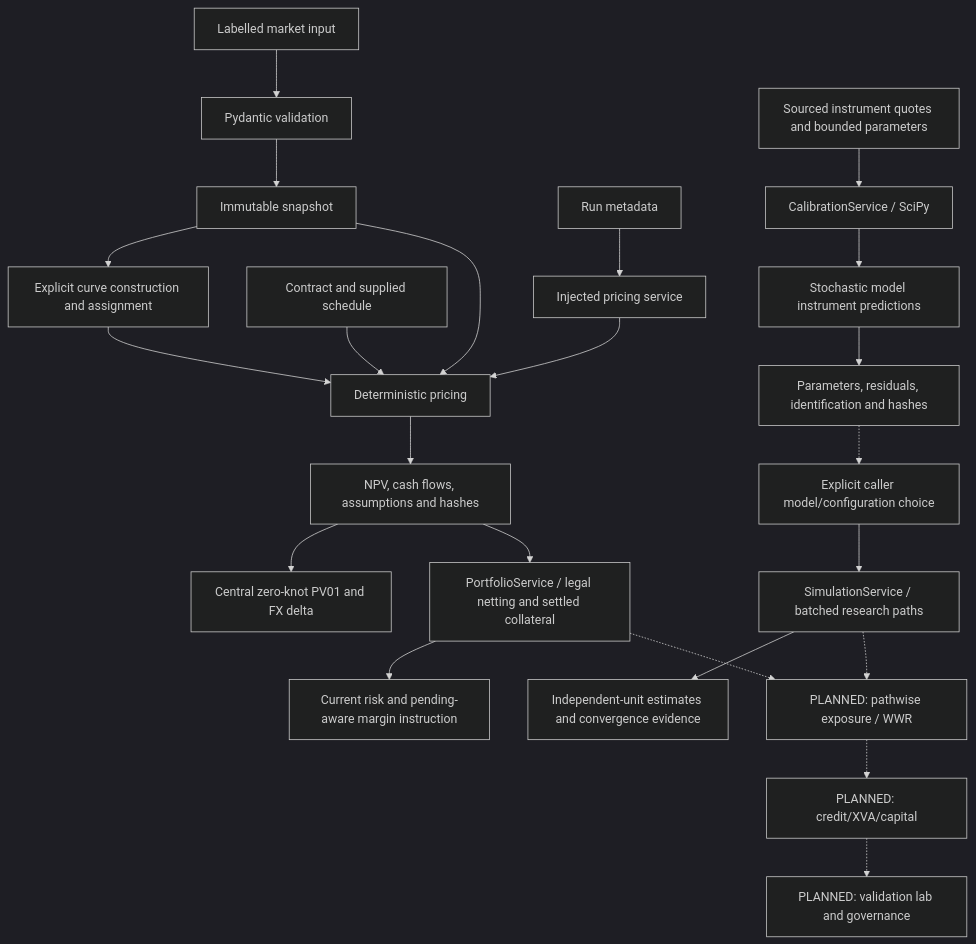
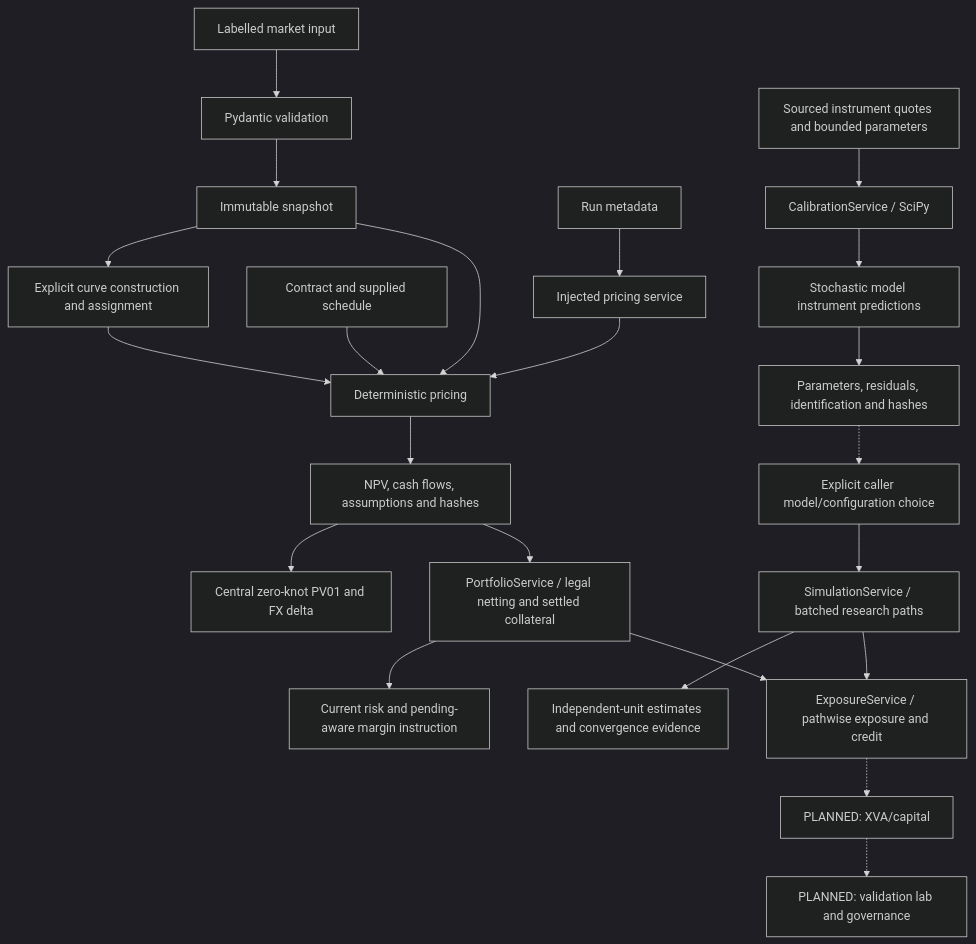
Before and after one commit to vaibhav7506/parallax-risk: the diagram in docs/WORKFLOW.md, drawn with Mermaid (dark theme). The commit also changed other lines of this file and 16 other files, not shown here.

````diff
--- a/docs/WORKFLOW.md
+++ b/docs/WORKFLOW.md
@@ -3,25 +3,25 @@
 ```mermaid
 flowchart TD
     JSON[Labelled market input] --> VALID[Pydantic validation]
     VALID --> SNAP[Immutable snapshot]
     SNAP --> CURVES[Explicit curve construction and assignment]
     CONTRACT[Contract and supplied schedule] --> PRICE[Deterministic pricing]
     SNAP --> PRICE
     CURVES --> PRICE
     RUN[Run metadata] --> SERVICE[Injected pricing service]
     SERVICE --> PRICE
     PRICE --> RESULT[NPV, cash flows, assumptions and hashes]
     RESULT --> RISK[Central zero-knot PV01 and FX delta]
     CALJSON[Sourced instrument quotes and bounded parameters] --> CAL[CalibrationService / SciPy]
     CAL --> MODELS[Stochastic model instrument predictions]
     MODELS --> FIT[Parameters, residuals, identification and hashes]
     FIT -.-> CONFIG[Explicit caller model/configuration choice]
     CONFIG --> MC[SimulationService / batched research paths]
     MC --> STATS[Independent-unit estimates and convergence evidence]
     RESULT --> BOOK[PortfolioService / legal netting and settled collateral]
     BOOK --> CURRENT[Current risk and pending-aware margin instruction]
-    MC -.-> EXP[PLANNED: pathwise exposure / WWR]
-    BOOK -.-> EXP
-    EXP -.-> XVA[PLANNED: credit/XVA/capital]
+    MC --> EXP[ExposureService / pathwise exposure and credit]
+    BOOK --> EXP
+    EXP -.-> XVA[PLANNED: XVA/capital]
     XVA -.-> GOV[PLANNED: validation lab and governance]
 ```
````
